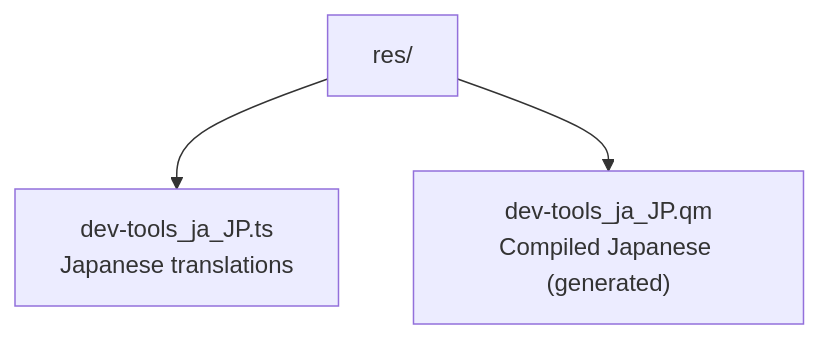
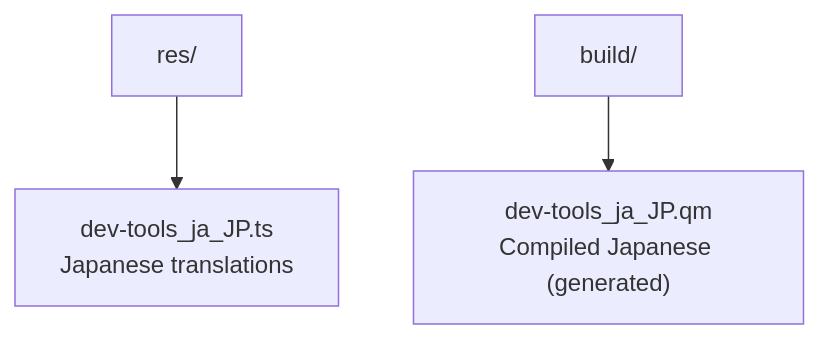
Before and after one commit to LotusAndCompany/devtools: the second of 2 diagrams in docs/development/localization.md, drawn with Mermaid. The commit also changed 6 other files, not shown here.

````diff
--- a/docs/development/localization.md
+++ b/docs/development/localization.md
@@ -32,6 +32,7 @@
 ```mermaid
 flowchart TD
     res["res/"]
     res --> ts["dev-tools_ja_JP.ts<br/>Japanese translations"]
-    res --> qm["dev-tools_ja_JP.qm<br/>Compiled Japanese (generated)"]
+    build["build/"]
+    build --> qm["dev-tools_ja_JP.qm<br/>Compiled Japanese (generated)"]
 ```
````
